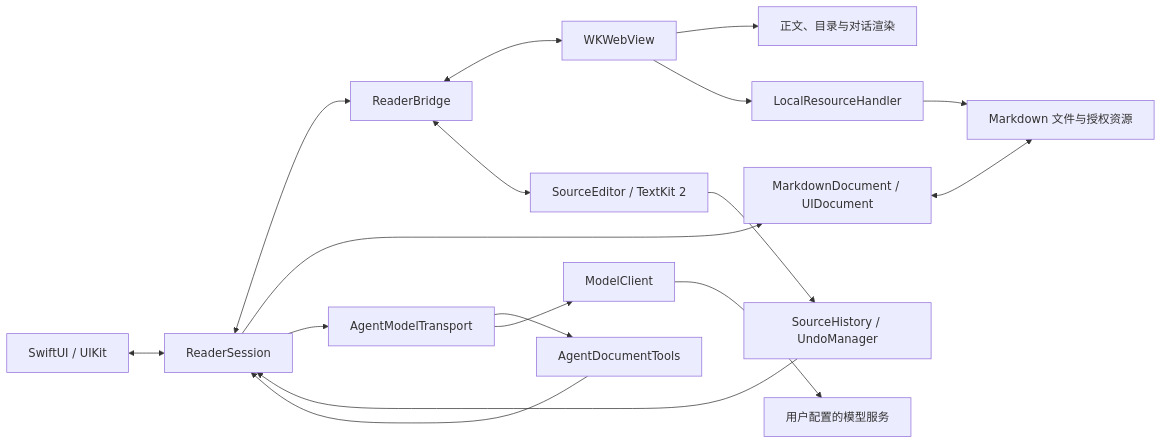
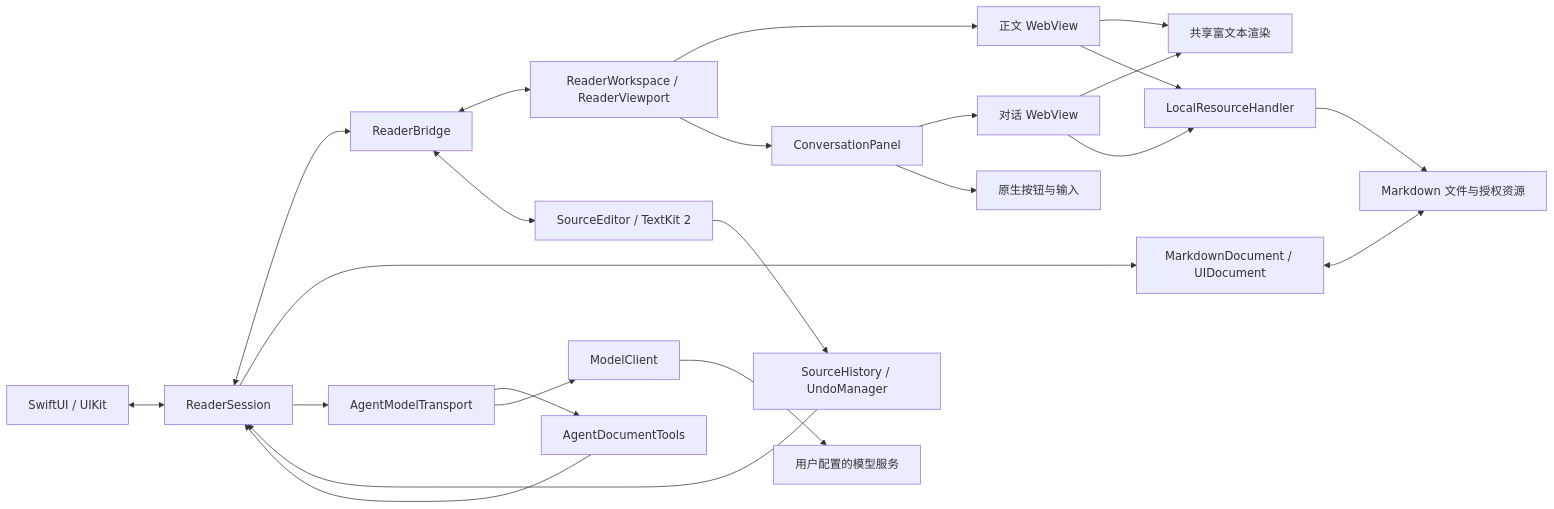
Before and after one commit to lichenxicatapple-blip/MarkdownIt: the diagram in docs/native-architecture.md, drawn with Mermaid. The commit also changed other lines of this file and 42 other files, not shown here.

First line of the commit message:
Move the AI conversation into a native panel

````diff
--- a/docs/native-architecture.md
+++ b/docs/native-architecture.md
@@ -22,19 +22,25 @@
 ```mermaid
 flowchart LR
     UI[SwiftUI / UIKit] <--> Session[ReaderSession]
     Session <--> Bridge[ReaderBridge]
-    Bridge <--> Web[WKWebView]
-    Web --> Rendering[正文、目录与对话渲染]
+    Bridge <--> Workspace[ReaderWorkspace / ReaderViewport]
+    Workspace --> Web[正文 WebView]
+    Workspace --> Panel[ConversationPanel]
+    Panel --> Conversation[对话 WebView]
+    Panel --> Input[原生按钮与输入]
+    Web --> Rendering[共享富文本渲染]
+    Conversation --> Rendering
     Bridge <--> Editor[SourceEditor / TextKit 2]
     Editor --> History[SourceHistory / UndoManager]
     History --> Session
     Session --> Document[MarkdownDocument / UIDocument]
     Document <--> Files[Markdown 文件与授权资源]
     Web --> Resources[LocalResourceHandler]
+    Conversation --> Resources
     Resources --> Files
     Session --> Agent[AgentModelTransport]
     Agent --> Tools[AgentDocumentTools]
     Tools --> Session
     Agent --> Client[ModelClient]
     Client --> Provider[用户配置的模型服务]
 ```
````
